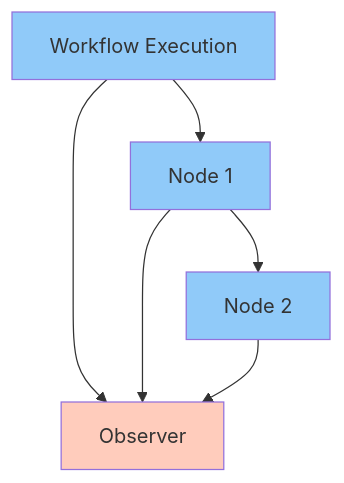
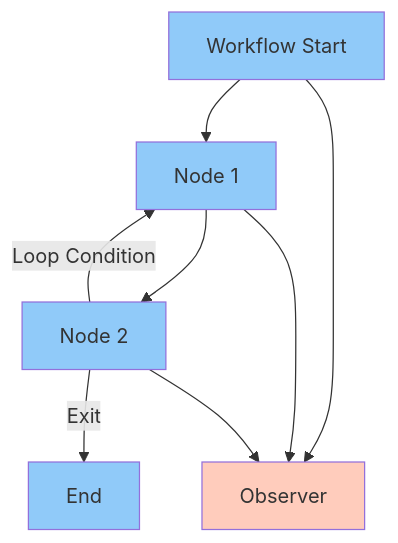
The fourth of 5 diagrams in quantalogic_flow/README.md (quantalogic/quantalogic), drawn with Mermaid before and after one commit. The commit also changed other lines of this file, not shown here.

````diff
--- a/quantalogic_flow/README.md
+++ b/quantalogic_flow/README.md
@@ -449,12 +566,15 @@
 ```mermaid
 graph TD
-    A[Workflow Execution] --> B[Node 1]
+    A[Workflow Start] --> B[Node 1]
     B --> C[Node 2]
-    A --> D[Observer]
-    B --> D
-    C --> D
+    C -->|Loop Condition| B
+    C -->|Exit| D[End]
+    A --> E[Observer]
+    B --> E
+    C --> E
     style A fill:#90CAF9
     style B fill:#90CAF9
     style C fill:#90CAF9
-    style D fill:#FFCCBC
+    style D fill:#90CAF9
+    style E fill:#FFCCBC
 ```
````
